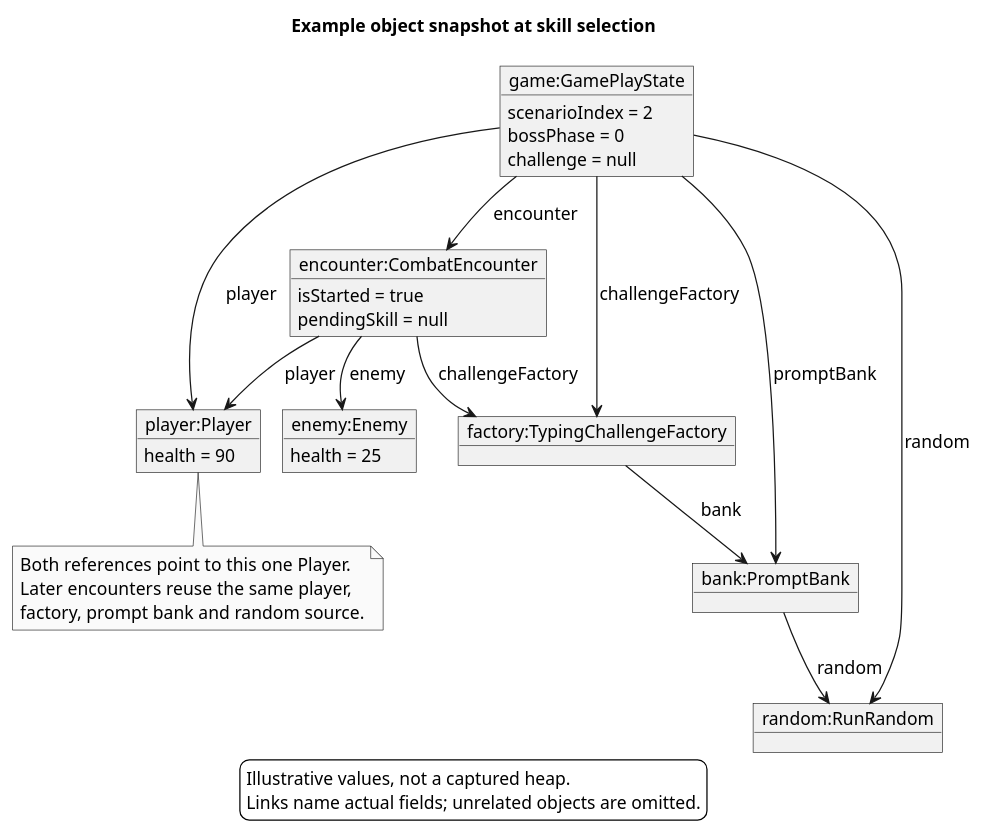
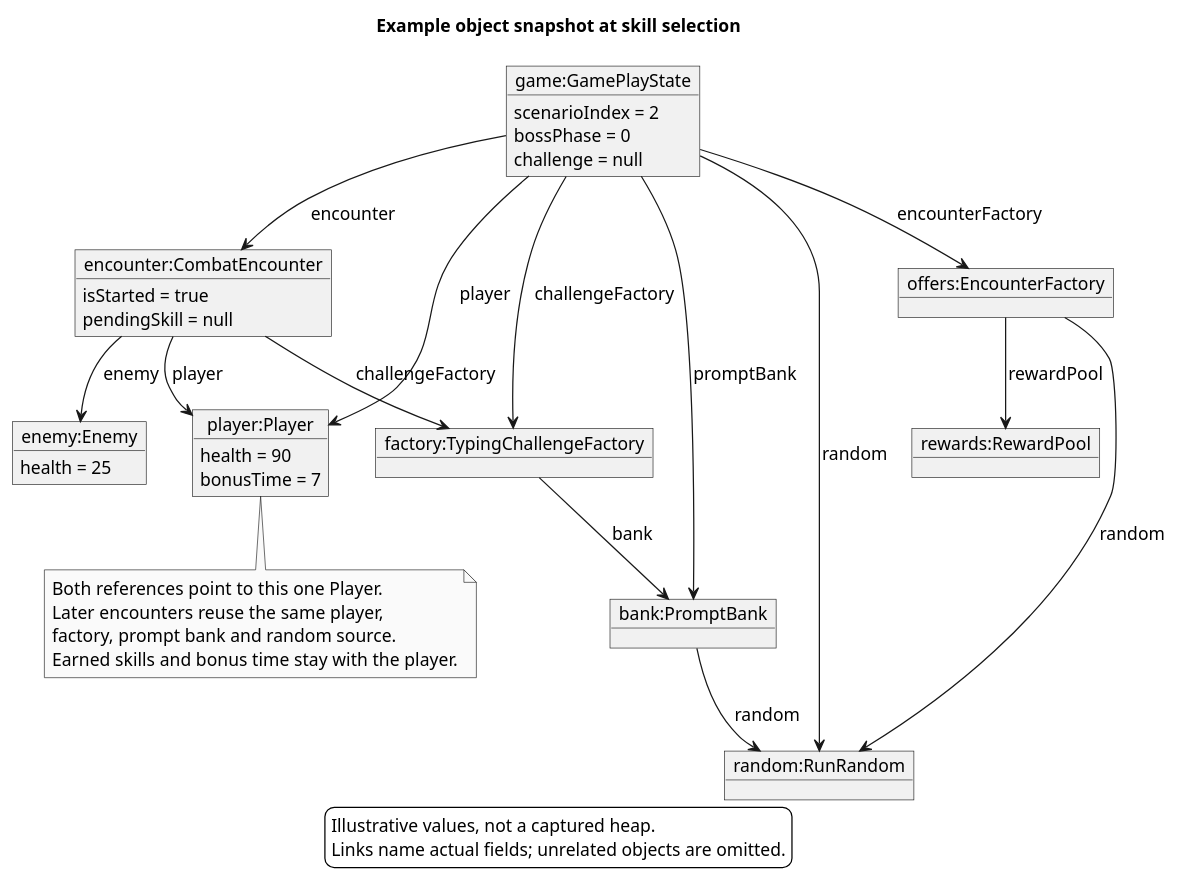
Before and after one commit to AY2627S1-CS2113-W12-4/tp: the diagram in docs/diagrams/active-run-objects.puml, drawn with PlantUML. The commit also changed 58 other files, not shown here.

```diff
--- a/docs/diagrams/active-run-objects.puml
+++ b/docs/diagrams/active-run-objects.puml
@@ -1,51 +1,58 @@
 @startuml
 !pragma layout smetana
 skinparam monochrome true
 skinparam shadowing false
 skinparam defaultFontName Arial
 skinparam backgroundColor white
 skinparam defaultFontSize 14
 skinparam classAttributeIconSize 0
 top to bottom direction
 title Example object snapshot at skill selection
 
 object "game:GamePlayState" as game {
   scenarioIndex = 2
   bossPhase = 0
   challenge = null
 }
 object "encounter:CombatEncounter" as encounter {
   isStarted = true
   pendingSkill = null
 }
 object "player:Player" as player {
   health = 90
+  bonusTime = 7
 }
 object "enemy:Enemy" as enemy {
   health = 25
 }
 object "factory:TypingChallengeFactory" as factory
 object "bank:PromptBank" as bank
 object "random:RunRandom" as random
+object "offers:EncounterFactory" as offers
+object "rewards:RewardPool" as rewards
 
 game --> encounter : encounter
 game --> player : player
 encounter --> player : player
 encounter --> enemy : enemy
 game --> factory : challengeFactory
 encounter --> factory : challengeFactory
 game --> bank : promptBank
 factory --> bank : bank
 game --> random : random
 bank --> random : random
+game --> offers : encounterFactory
+offers --> random : random
+offers --> rewards : rewardPool
 
 note bottom of player
   Both references point to this one Player.
   Later encounters reuse the same player,
   factory, prompt bank and random source.
+  Earned skills and bonus time stay with the player.
 end note
 legend bottom
   Illustrative values, not a captured heap.
   Links name actual fields; unrelated objects are omitted.
 endlegend
 @enduml
```
